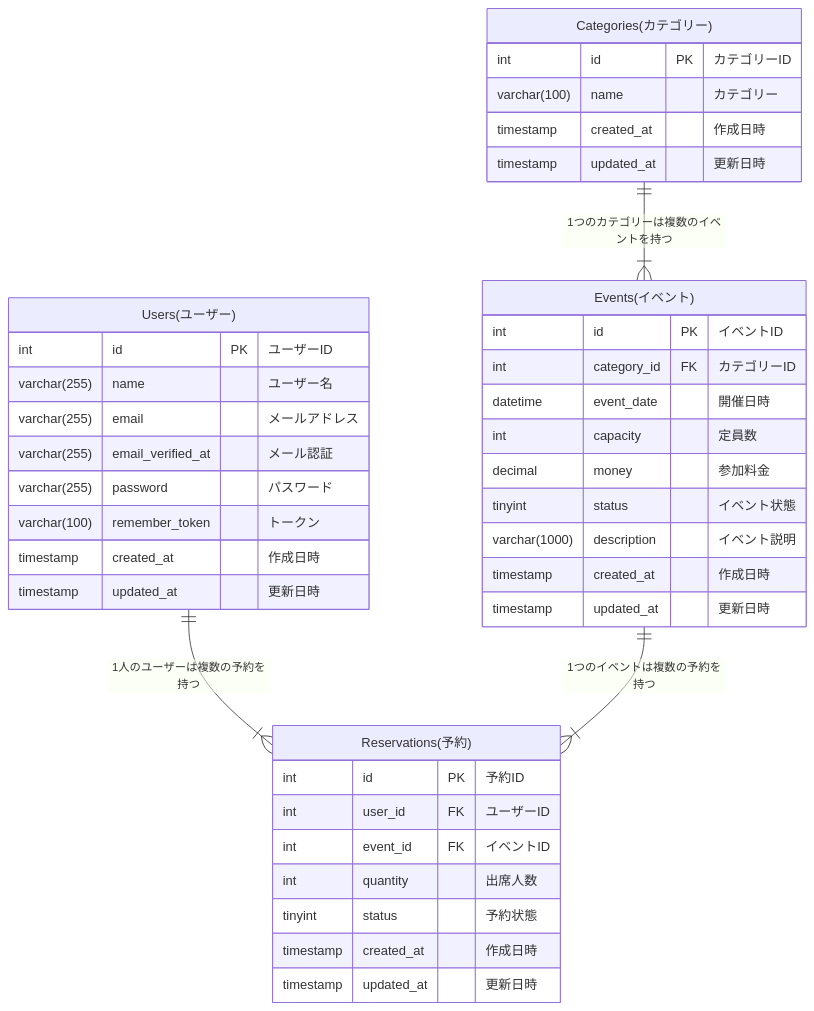
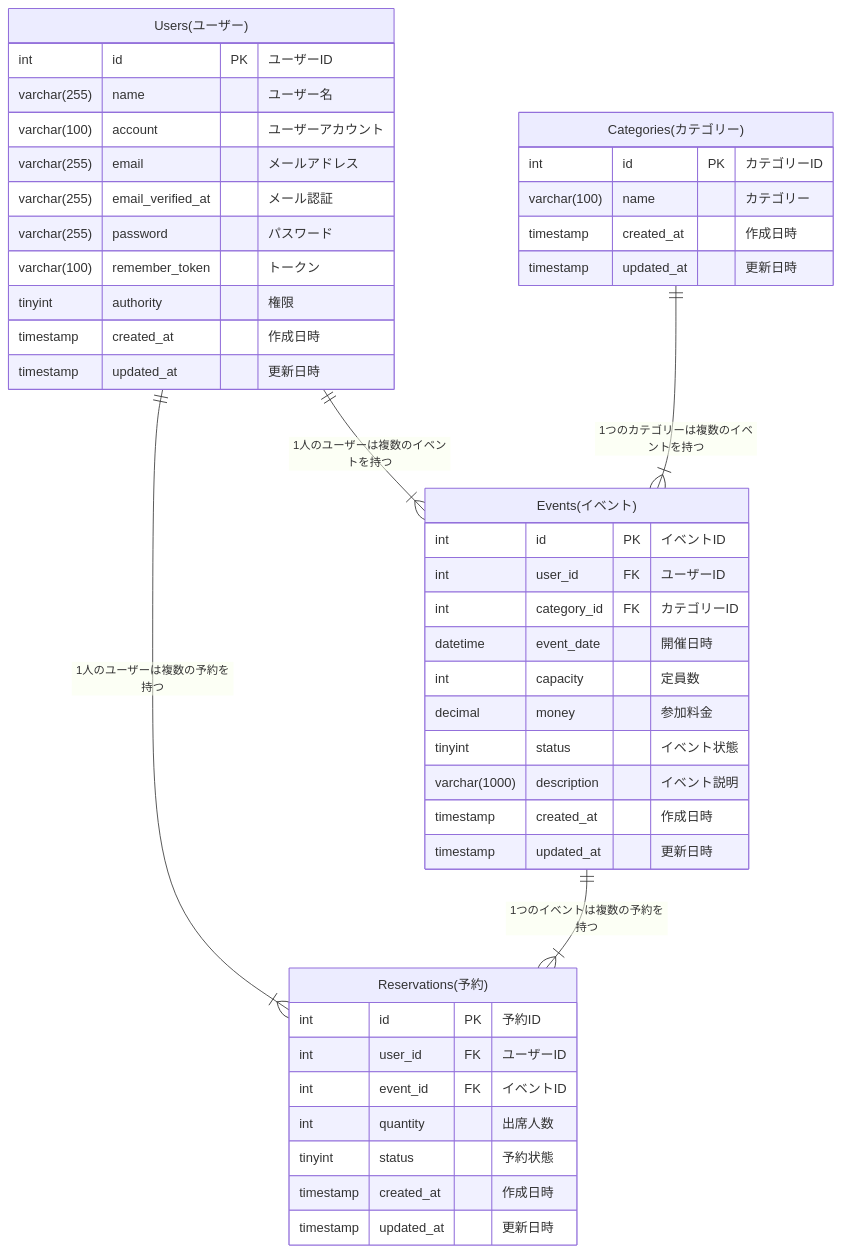
The diagram in table.md (kai-phoenix/meetup_link), drawn with Mermaid before and after one commit. The commit also changed 5 other files, not shown here.

````diff
--- a/table.md
+++ b/table.md
@@ -1,46 +1,50 @@
 ```mermaid
 erDiagram
     "Users(ユーザー)" ||--|{ "Reservations(予約)": "1人のユーザーは複数の予約を持つ"
     "Categories(カテゴリー)" ||--|{ "Events(イベント)": "1つのカテゴリーは複数のイベントを持つ"
     "Events(イベント)" ||--|{ "Reservations(予約)": "1つのイベントは複数の予約を持つ"
+    "Users(ユーザー)" ||--|{ "Events(イベント)": "1人のユーザーは複数のイベントを持つ"
 
     "Users(ユーザー)" {
         int id PK "ユーザーID"
         varchar(255) name "ユーザー名"
+        varchar(100) account "ユーザーアカウント"
         varchar(255) email "メールアドレス"
         varchar(255) email_verified_at "メール認証"
         varchar(255) password "パスワード"
         varchar(100) remember_token "トークン"
+        tinyint authority　"権限"
         timestamp created_at "作成日時"
         timestamp updated_at "更新日時"
     }
 
     "Categories(カテゴリー)" {
         int id PK "カテゴリーID"
         varchar(100) name "カテゴリー"
         timestamp created_at "作成日時"
         timestamp updated_at "更新日時"
     }
 
     "Events(イベント)" {
         int id PK "イベントID"
+        int user_id FK "ユーザーID"
         int category_id FK "カテゴリーID"
         datetime event_date "開催日時"
         int capacity "定員数"
         decimal money "参加料金"
         tinyint status "イベント状態"
         varchar(1000) description "イベント説明"
         timestamp created_at "作成日時"
         timestamp updated_at "更新日時"
     }
 
     "Reservations(予約)" {
         int id PK "予約ID"
         int user_id FK "ユーザーID"
         int event_id FK "イベントID"
         int quantity "出席人数"
         tinyint status "予約状態"
         timestamp created_at "作成日時"
         timestamp updated_at "更新日時"
     }
 ```
````
